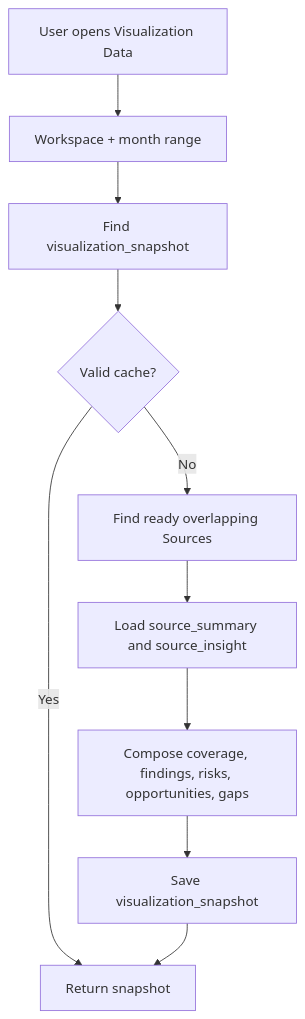
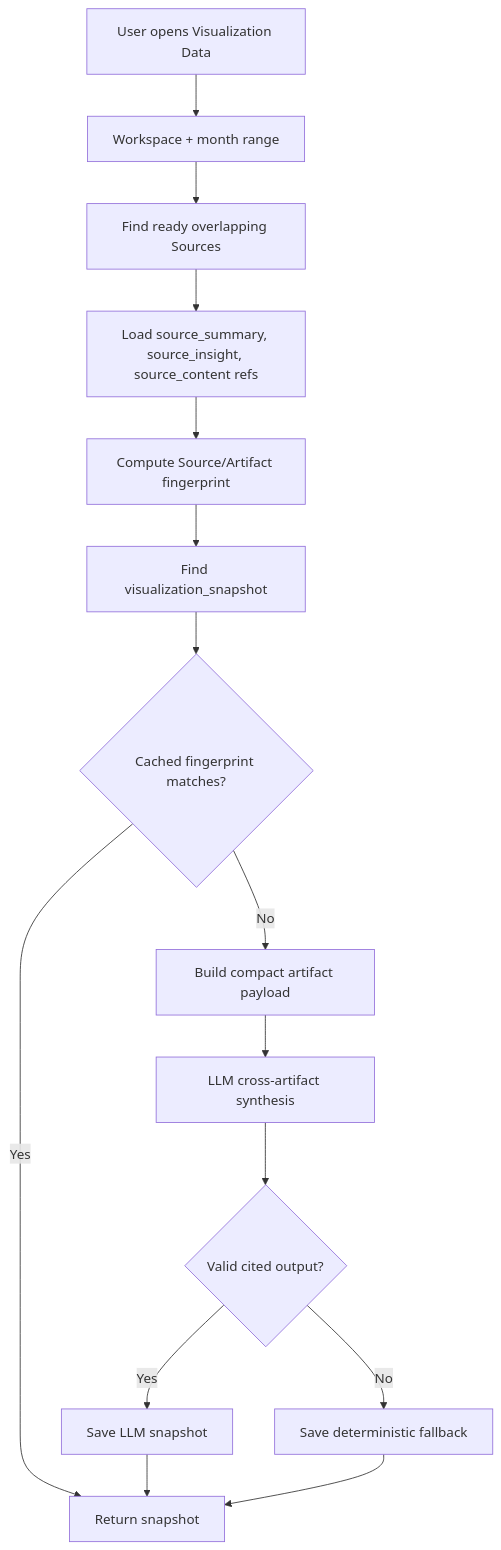
One commit to kodvel/final-project changed the second of 5 diagrams in docs/prd.md. Above: the diagram before and after it, drawn with Mermaid. The commit also changed other lines of this file and 8 other files, not shown here.

Commit message:
feat: Implement LLM-first visualization composer with deterministic fallback.

````diff
--- a/docs/prd.md
+++ b/docs/prd.md
@@ -611,12 +615,17 @@
 ```mermaid
 flowchart TD
   A[User opens Visualization Data] --> B[Workspace + month range]
-  B --> C[Find visualization_snapshot]
-  C --> D{Valid cache?}
-  D -->|Yes| E[Return snapshot]
-  D -->|No| F[Find ready overlapping Sources]
-  F --> G[Load source_summary and source_insight]
-  G --> H[Compose coverage, findings, risks, opportunities, gaps]
-  H --> I[Save visualization_snapshot]
-  I --> E
+  B --> C[Find ready overlapping Sources]
+  C --> D[Load source_summary, source_insight, source_content refs]
+  D --> E[Compute Source/Artifact fingerprint]
+  E --> F[Find visualization_snapshot]
+  F --> G{Cached fingerprint matches?}
+  G -->|Yes| H[Return snapshot]
+  G -->|No| I[Build compact artifact payload]
+  I --> J[LLM cross-artifact synthesis]
+  J --> K{Valid cited output?}
+  K -->|Yes| L[Save LLM snapshot]
+  K -->|No| M[Save deterministic fallback]
+  L --> H
+  M --> H
 ```
````
